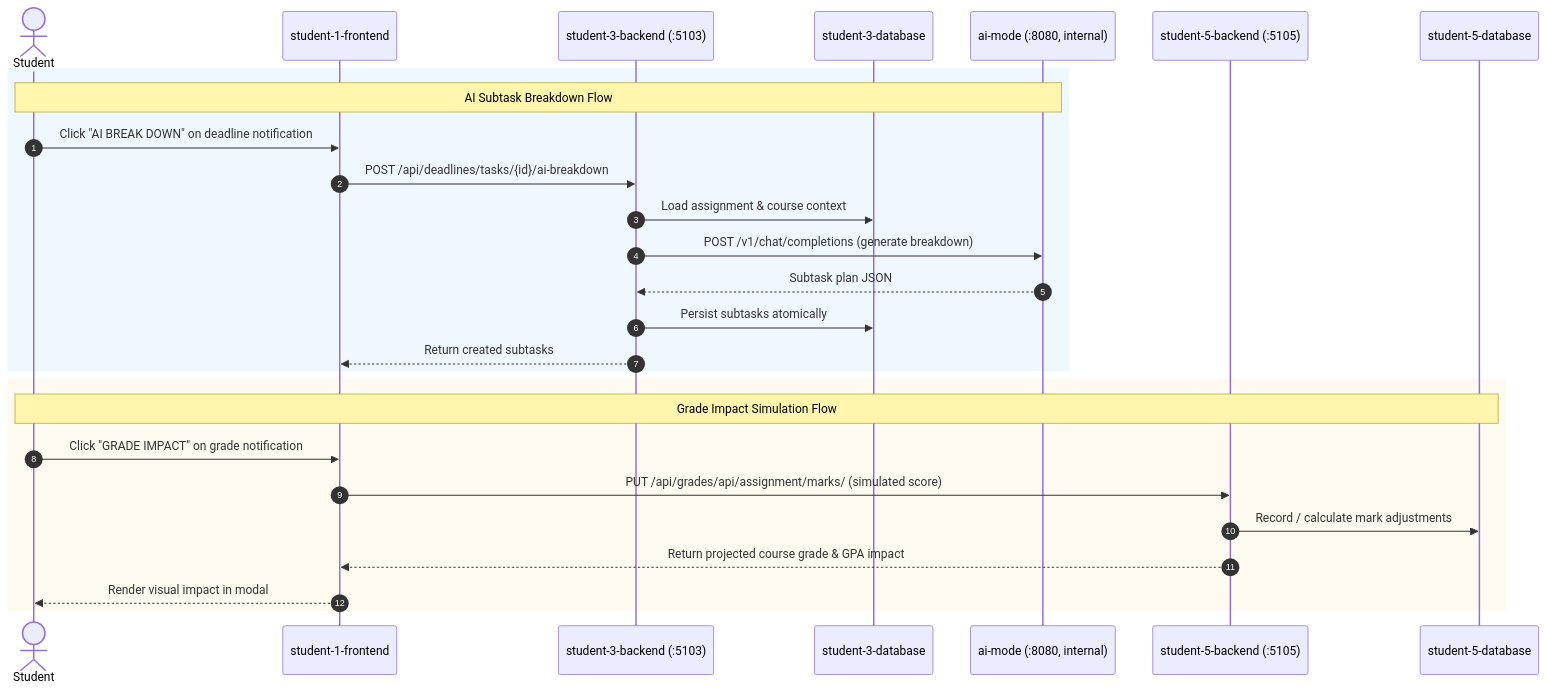
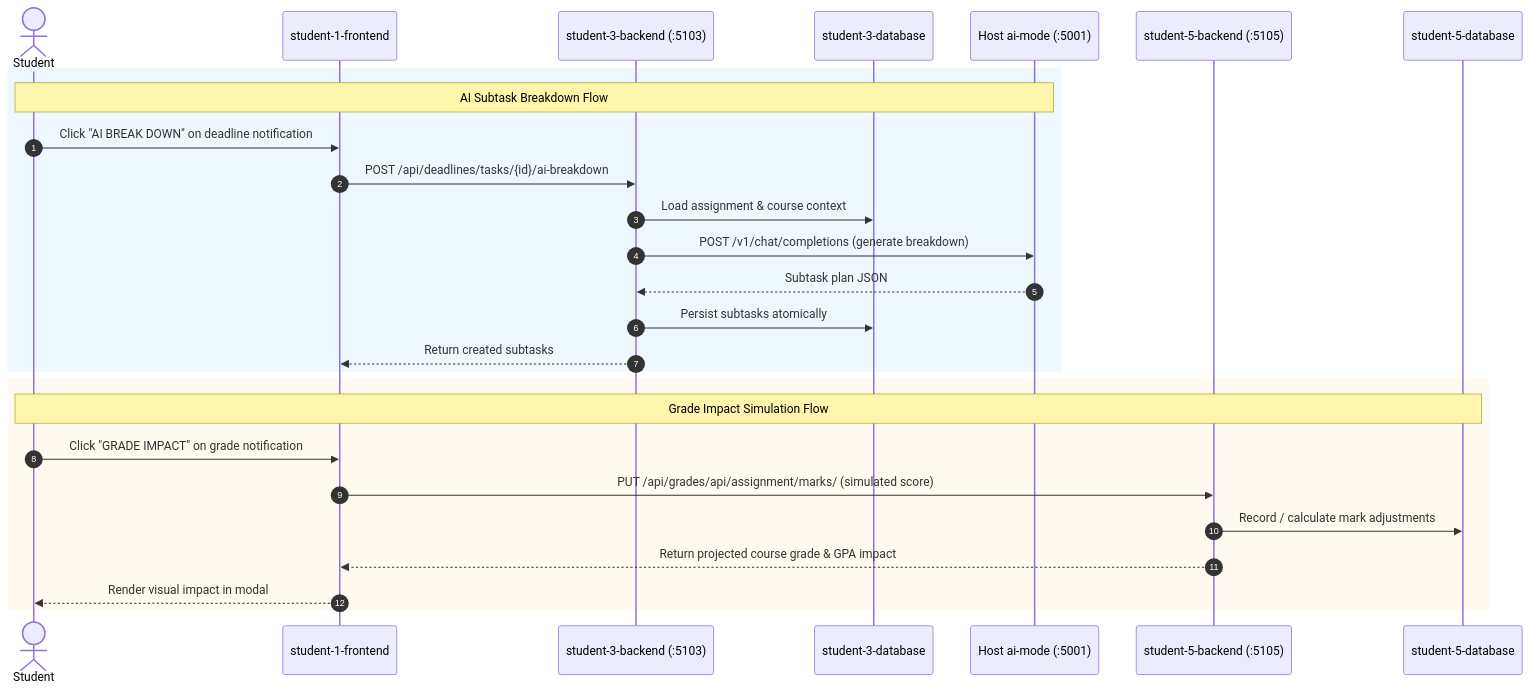
Before and after one commit to AmAComputerNerd/41026--software-development-project: the seventh of 7 diagrams in docs/architecture/data-flows.md, drawn with Mermaid. The commit also changed other lines of this file and 23 other files, not shown here.

````diff
--- a/docs/architecture/data-flows.md
+++ b/docs/architecture/data-flows.md
@@ -169,31 +169,31 @@
 ```mermaid
 sequenceDiagram
     autonumber
     actor User as Student
     participant S1 as student-1-frontend
     participant S3 as student-3-backend (:5103)
     participant S3DB as student-3-database
-    participant AIM as ai-mode (:8080, internal)
+    participant AIM as Host ai-mode (:5001)
     participant S5 as student-5-backend (:5105)
     participant S5DB as student-5-database
 
     rect rgb(240, 248, 255)
         note over User,AIM: AI Subtask Breakdown Flow
         User->>S1: Click "AI BREAK DOWN" on deadline notification
         S1->>S3: POST /api/deadlines/tasks/{id}/ai-breakdown
         S3->>S3DB: Load assignment & course context
         S3->>AIM: POST /v1/chat/completions (generate breakdown)
         AIM-->>S3: Subtask plan JSON
         S3->>S3DB: Persist subtasks atomically
         S3-->>S1: Return created subtasks
     end
 
     rect rgb(255, 250, 240)
         note over User,S5DB: Grade Impact Simulation Flow
         User->>S1: Click "GRADE IMPACT" on grade notification
         S1->>S5: PUT /api/grades/api/assignment/marks/ (simulated score)
         S5->>S5DB: Record / calculate mark adjustments
         S5-->>S1: Return projected course grade & GPA impact
         S1-->>User: Render visual impact in modal
     end
 ```
````
